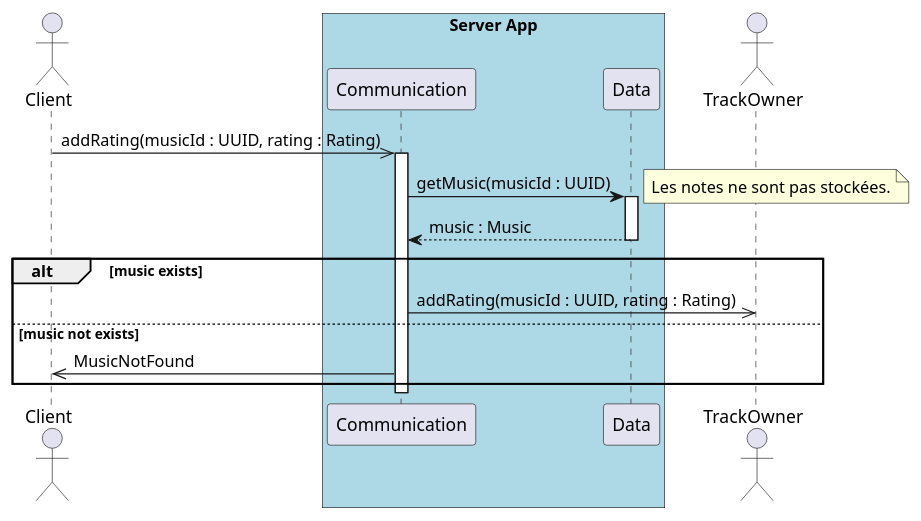
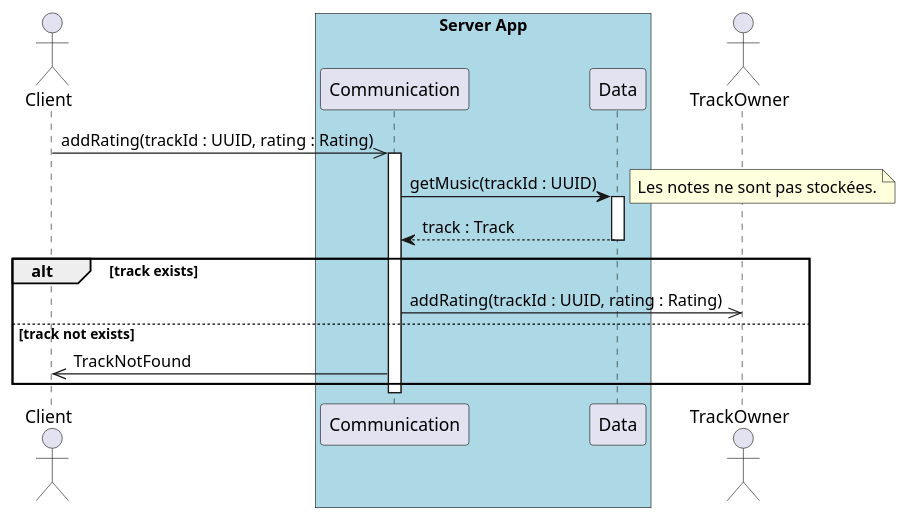
One commit to UTCAI12/Diagrams changed the diagram in sequence/4.1_add_rating_server.puml. Above: the diagram before and after it, drawn with PlantUML. The commit also changed 3 other files, not shown here.

Commit message:
Renaming variables and methods to match the class diagram.

```diff
--- a/sequence/4.1_add_rating_server.puml
+++ b/sequence/4.1_add_rating_server.puml
@@ -1,28 +1,28 @@
 @startuml 4.1 User add a rating to a music (server)
 
 actor Client as client
 
 box "Server App" #LightBlue
     participant Communication as com
     participant Data as data
 end box
 
 actor TrackOwner as owner
 
-client ->> com : addRating(musicId : UUID, rating : Rating)
+client ->> com : addRating(trackId : UUID, rating : Rating)
 
 activate com
 
-com -> data++ : getMusic(musicId : UUID)
+com -> data++ : getMusic(trackId : UUID)
 note right : Les notes ne sont pas stockées.
-return music : Music
+return track : Track
 
-alt music exists
-    com ->> owner : addRating(musicId : UUID, rating : Rating)
-else music not exists
-    com ->> client : MusicNotFound
+alt track exists
+    com ->> owner : addRating(trackId : UUID, rating : Rating)
+else track not exists
+    com ->> client : TrackNotFound
 end
 
 deactivate com
 
 @enduml
```
